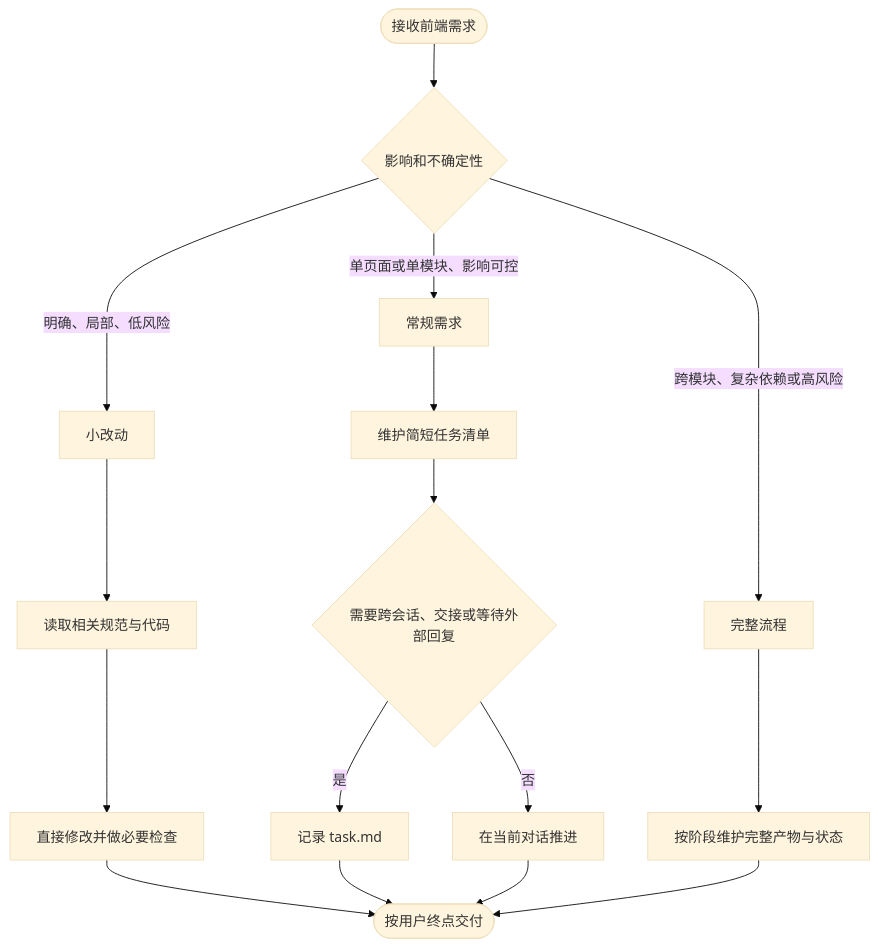
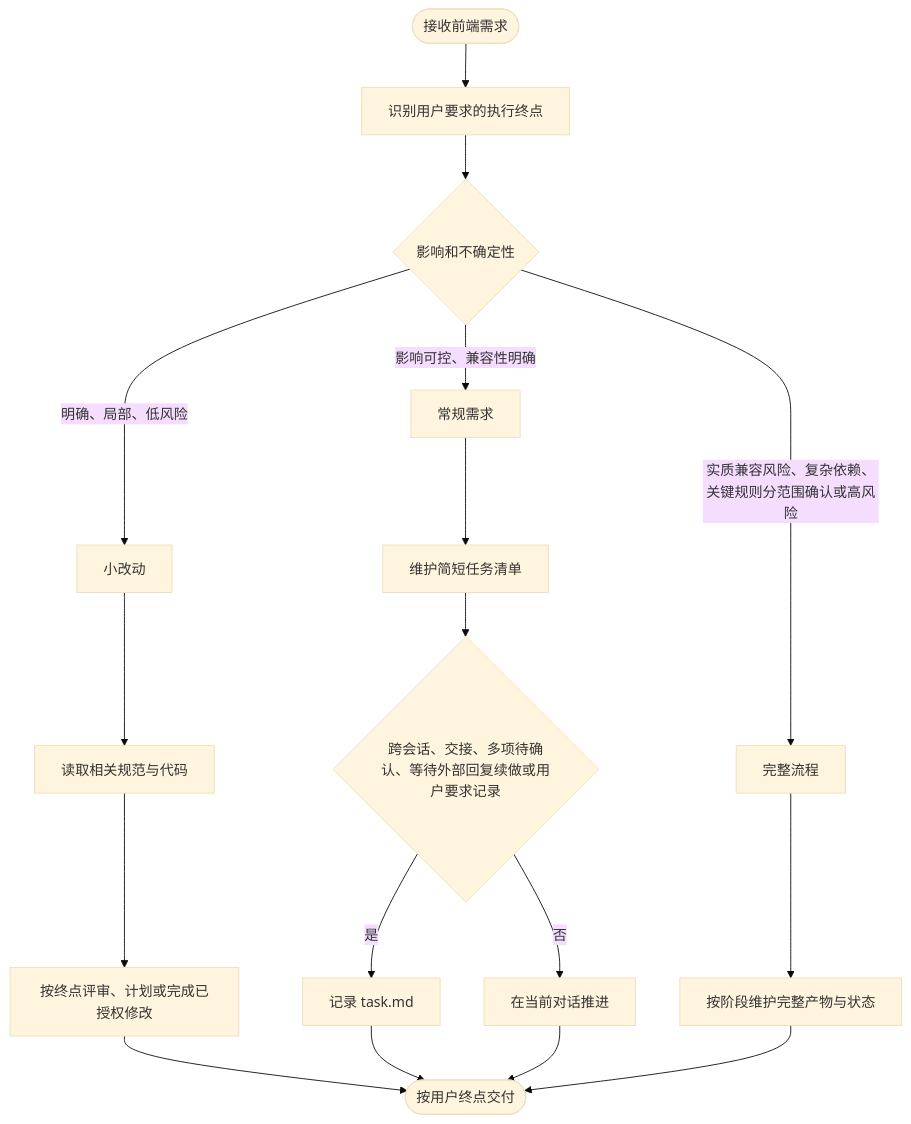
One commit to Aliang997/frontend-delivery-skill changed the first of 6 diagrams in skills/frontend-delivery/workflow-diagram.md. Above: the diagram before and after it, drawn with Mermaid (base theme). The commit also changed other lines of this file and 18 other files, not shown here.

````diff
--- a/skills/frontend-delivery/workflow-diagram.md
+++ b/skills/frontend-delivery/workflow-diagram.md
@@ -9,18 +9,19 @@
 ```mermaid
 flowchart TD
- A(["接收前端需求"]) --> B{"影响和不确定性"}
+ A(["接收前端需求"]) --> E["识别用户要求的执行终点"]
+ E --> B{"影响和不确定性"}
  B -->|"明确、局部、低风险"| S["小改动"]
- B -->|"单页面或单模块、影响可控"| N["常规需求"]
- B -->|"跨模块、复杂依赖或高风险"| F["完整流程"]
+ B -->|"影响可控、兼容性明确"| N["常规需求"]
+ B -->|"实质兼容风险、复杂依赖、关键规则分范围确认或高风险"| F["完整流程"]
  S --> S1["读取相关规范与代码"]
- S1 --> S2["直接修改并做必要检查"]
+ S1 --> S2["按终点评审、计划或完成已授权修改"]
  N --> N1["维护简短任务清单"]
- N1 --> N2{"需要跨会话、交接或等待外部回复"}
+ N1 --> N2{"跨会话、交接、多项待确认、等待外部回复续做或用户要求记录"}
  N2 -->|"是"| N3["记录 task.md"]
  N2 -->|"否"| N4["在当前对话推进"]
  F --> F1["按阶段维护完整产物与状态"]
  S2 --> Z(["按用户终点交付"])
  N3 --> Z
  N4 --> Z
  F1 --> Z
 ```
````
